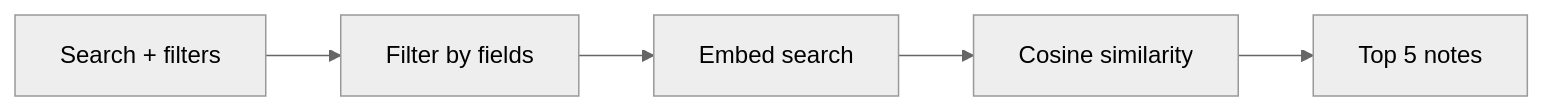
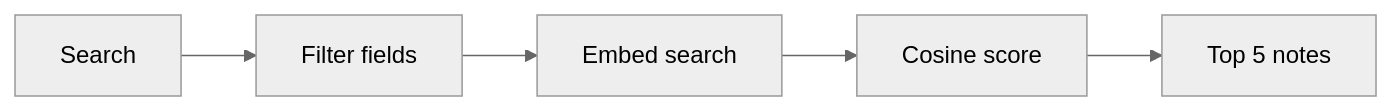
One commit to sabrahermassi/injury-journal-ai-agent changed the third of 3 diagrams in docs/test.md. Above: the diagram before and after it, drawn with Mermaid (neutral theme). The commit also changed other lines of this file, not shown here.

````diff
--- a/docs/test.md
+++ b/docs/test.md
@@ -30,13 +30,13 @@
 ```mermaid
 flowchart LR
-    Q["Search + filters"]
-    F["Filter by fields"]
+    Q["Search"]
+    F["Filter fields"]
     V["Embed search"]
-    C["Cosine similarity"]
+    C["Cosine score"]
     T["Top 5 notes"]
 
     Q --> F
     F --> V
     V --> C
     C --> T
 ```
````
